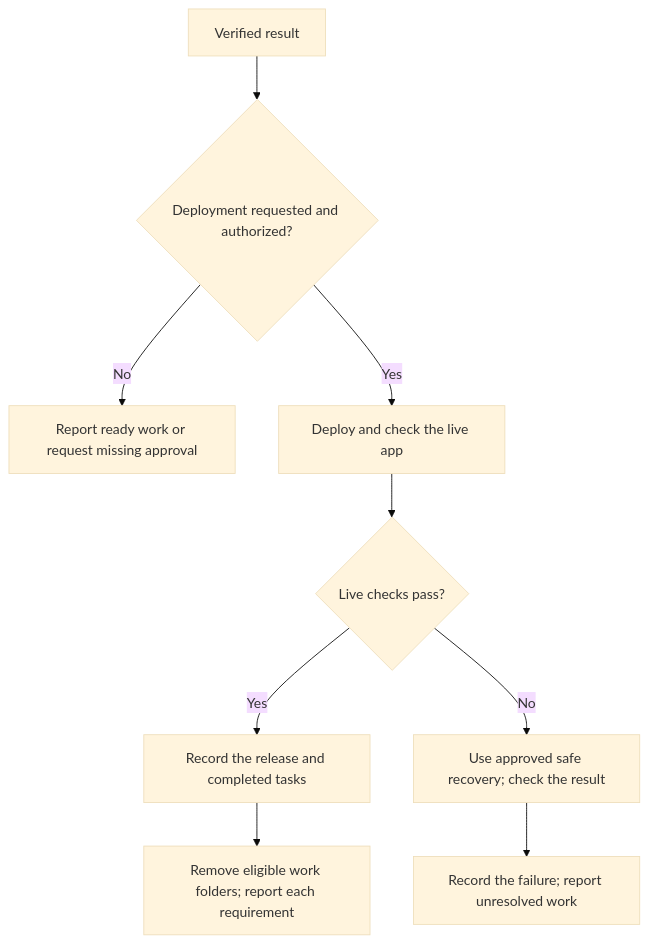
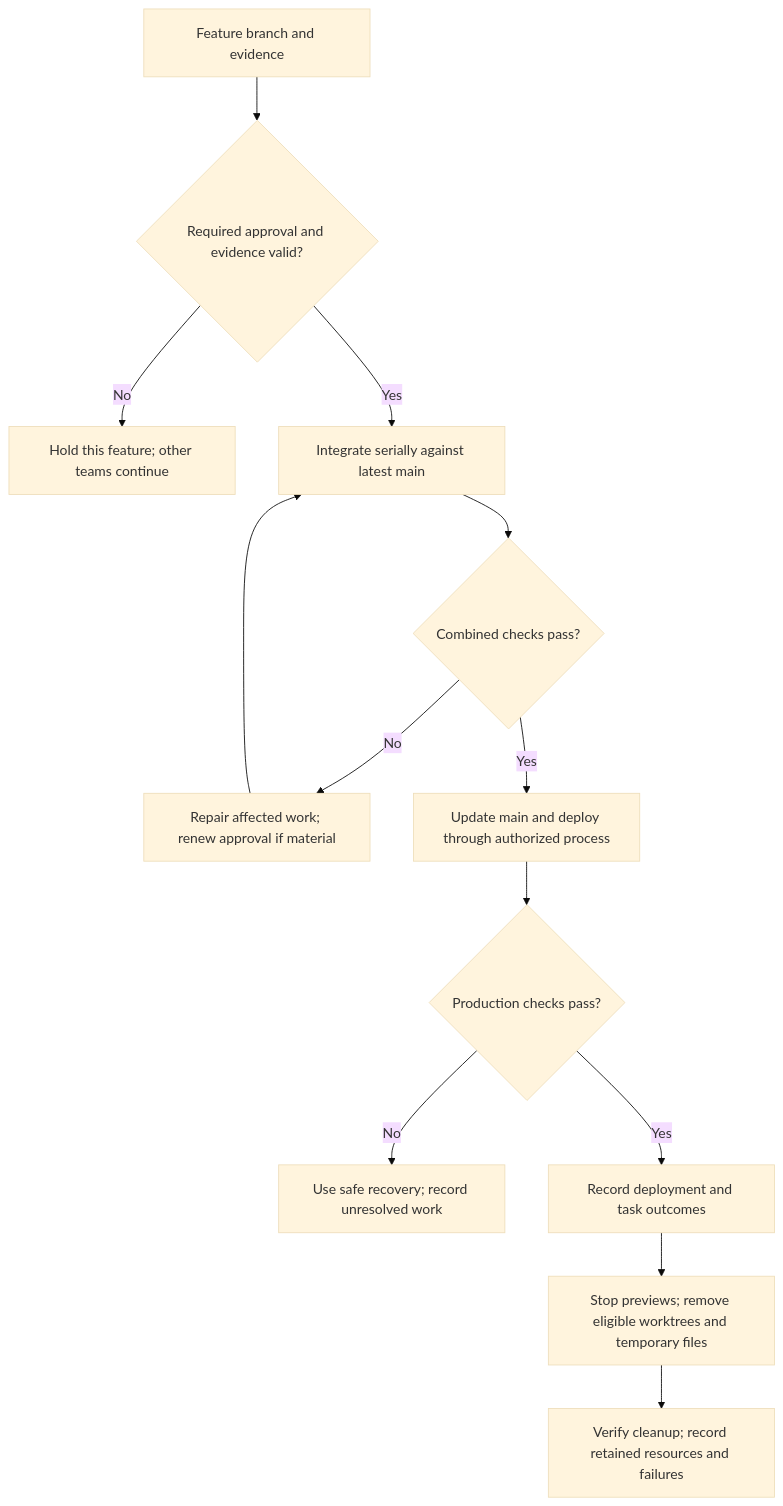
Before and after one commit to thebpandey/agent-team: the diagram in assets/diagrams/release-recovery.mmd, drawn with Mermaid (base theme). The commit also changed 26 other files, not shown here.

Commit message:
feat: release Agent-Team 6.0.0 with named teams, resume, status, preview approval, and required cleanup

```diff
--- a/assets/diagrams/release-recovery.mmd
+++ b/assets/diagrams/release-recovery.mmd
@@ -1,9 +1,13 @@
 flowchart TD
-    A["Verified result"] --> B{"Deployment requested and authorized?"}
-    B -->|No| C["Report ready work or request missing approval"]
-    B -->|Yes| D["Deploy and check the live app"]
-    D --> E{"Live checks pass?"}
-    E -->|Yes| F["Record the release and completed tasks"]
-    F --> G["Remove eligible work folders; report each requirement"]
-    E -->|No| H["Use approved safe recovery; check the result"]
-    H --> I["Record the failure; report unresolved work"]
+    A["Feature branch and evidence"] --> B{"Required approval and evidence valid?"}
+    B -->|No| C["Hold this feature; other teams continue"]
+    B -->|Yes| D["Integrate serially against latest main"]
+    D --> E{"Combined checks pass?"}
+    E -->|No| F["Repair affected work; renew approval if material"]
+    F --> D
+    E -->|Yes| G["Update main and deploy through authorized process"]
+    G --> H{"Production checks pass?"}
+    H -->|No| I["Use safe recovery; record unresolved work"]
+    H -->|Yes| J["Record deployment and task outcomes"]
+    J --> K["Stop previews; remove eligible worktrees and temporary files"]
+    K --> L["Verify cleanup; record retained resources and failures"]
```
